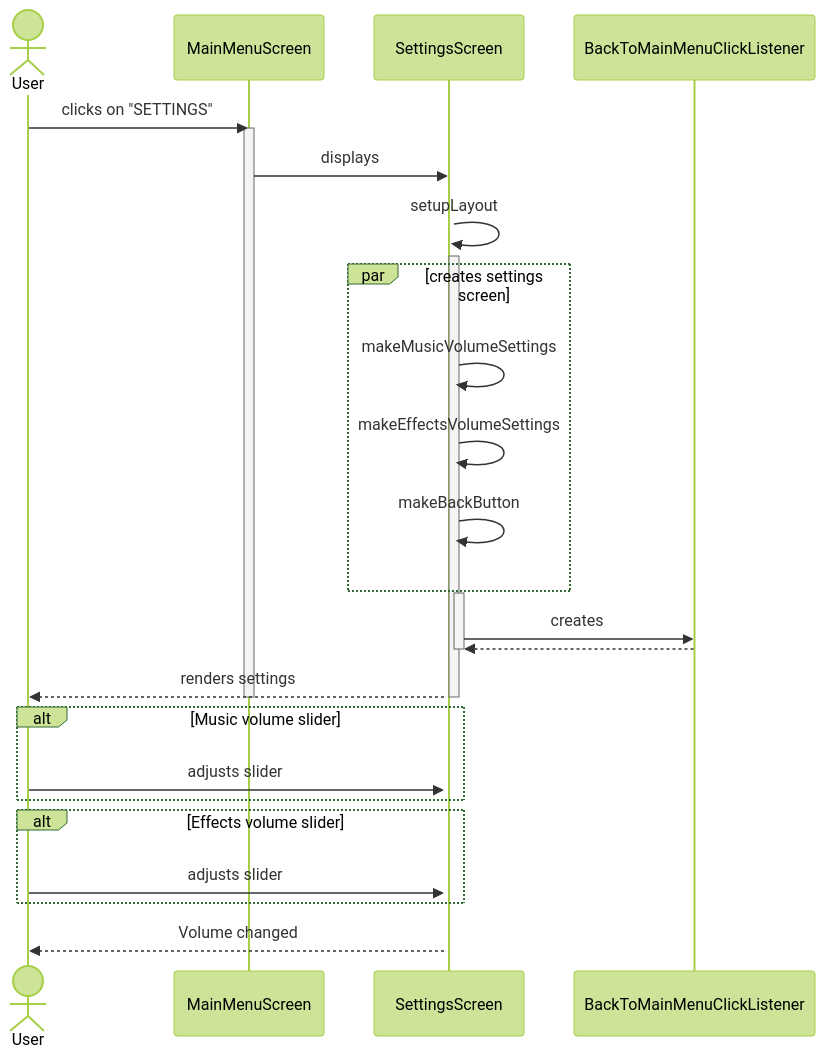
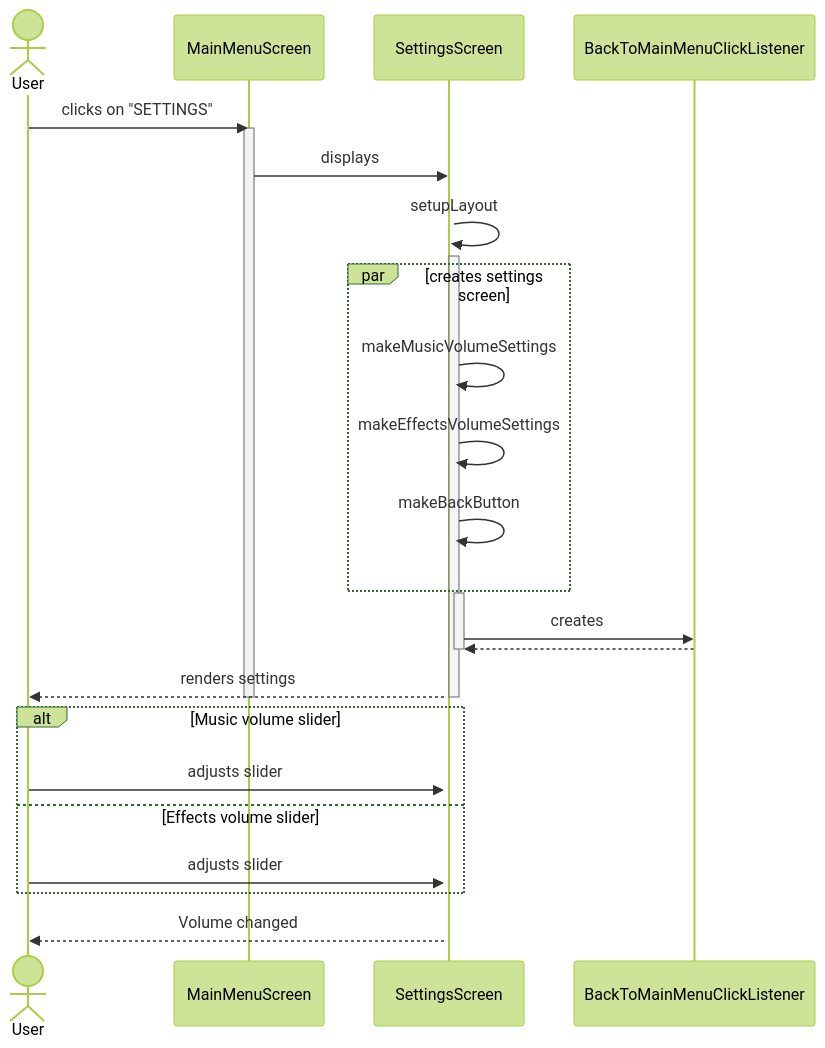
Before and after one commit to BIRSAx2/klotski: the fourth of 14 diagrams in docs/sequence_diagram/index.md, drawn with Mermaid (forest theme). The commit also changed other lines of this file, not shown here.

````diff
--- a/docs/sequence_diagram/index.md
+++ b/docs/sequence_diagram/index.md
@@ -146,40 +126,38 @@
 ```mermaid
 sequenceDiagram
     actor User
     participant MainMenuScreen
     participant SettingsScreen
     participant BackToMainMenuClickListener
 
     User ->> MainMenuScreen: clicks on "SETTINGS"
     activate MainMenuScreen
     MainMenuScreen ->> SettingsScreen: displays
     activate SettingsScreen
     SettingsScreen ->> SettingsScreen: setupLayout
     activate SettingsScreen
 
     par creates settings screen
         SettingsScreen ->> SettingsScreen: makeMusicVolumeSettings
         SettingsScreen ->> SettingsScreen: makeEffectsVolumeSettings
         SettingsScreen ->> SettingsScreen: makeBackButton
     end
 
     activate SettingsScreen
     SettingsScreen ->> BackToMainMenuClickListener: creates
     BackToMainMenuClickListener -->> SettingsScreen: 
     deactivate SettingsScreen
 
     SettingsScreen -->> User: renders settings
     deactivate SettingsScreen
     deactivate MainMenuScreen
     
     alt Music volume slider
         User ->> SettingsScreen: adjusts slider
-    end
-
-    alt Effects volume slider
+    else Effects volume slider
         User ->> SettingsScreen: adjusts slider
     end
 
     SettingsScreen -->> User: Volume changed
 
 ```
````
